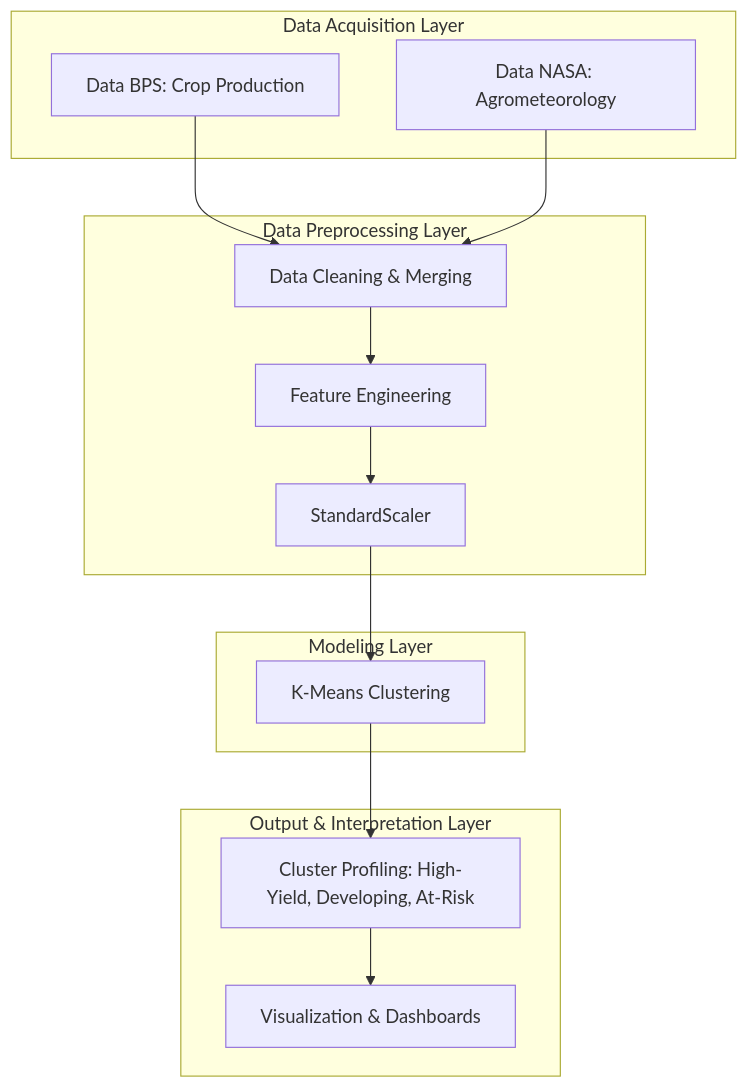
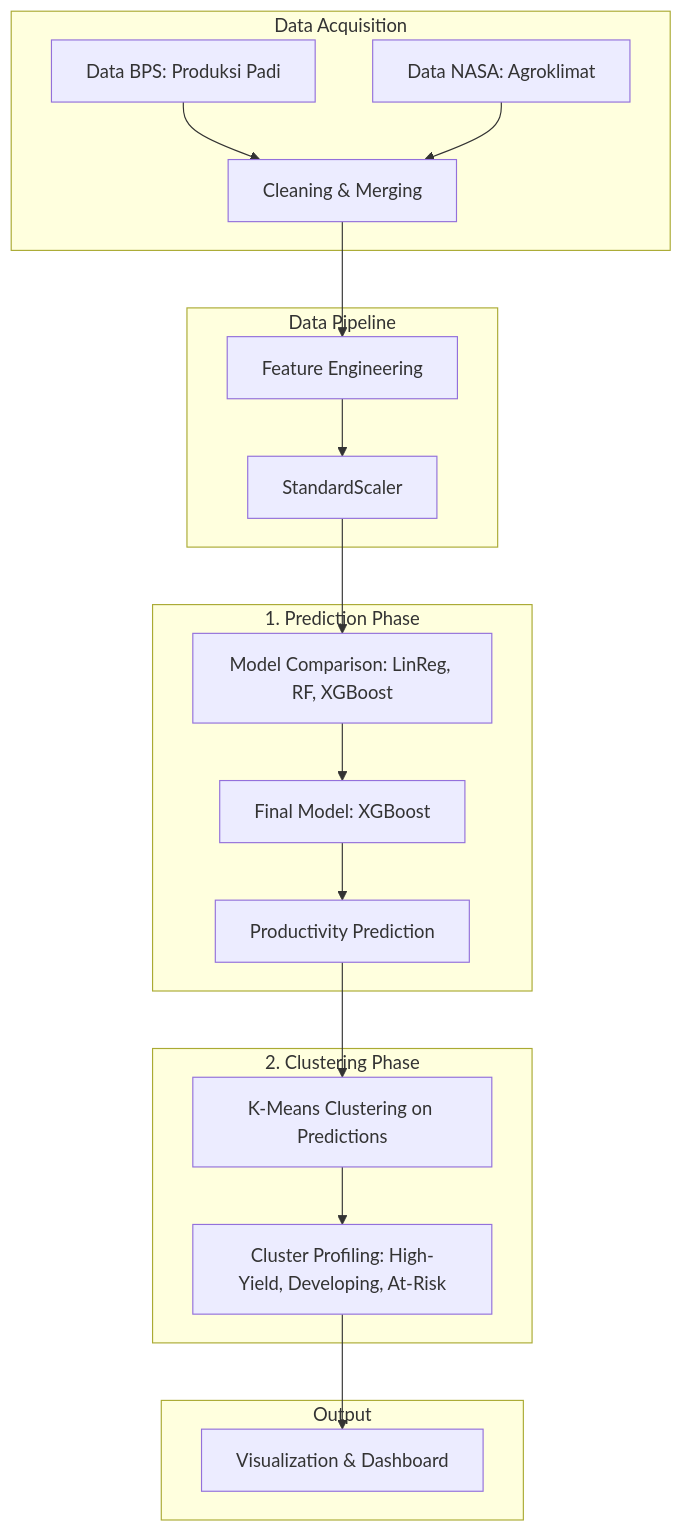
The diagram in readme.md (TurnNull/capstone-model-temporary), drawn with Mermaid before and after one commit. The commit also changed other lines of this file, not shown here.

Commit message:
perbaikan arsitektur readme.md

````diff
--- a/readme.md
+++ b/readme.md
@@ -19,30 +19,27 @@
 ```mermaid
 graph TD
-    subgraph Data_Source ["Data Acquisition Layer"]
-        A[Data BPS: Crop Production]
-        B[Data NASA: Agrometeorology]
+    subgraph Data_Source ["Data Acquisition"]
+        A[Data BPS: Produksi Padi] --> C[Cleaning & Merging]
+        B[Data NASA: Agroklimat] --> C
     end
 
-    subgraph Preprocessing ["Data Preprocessing Layer"]
-        C[Data Cleaning & Merging]
-        D[Feature Engineering]
-        E[StandardScaler]
+    subgraph Pipeline ["Data Pipeline"]
+        C --> D[Feature Engineering]
+        D --> E[StandardScaler]
     end
 
-    subgraph Modeling ["Modeling Layer"]
-        F[K-Means Clustering]
+    subgraph Modeling ["1. Prediction Phase"]
+        E --> F[Model Comparison: LinReg, RF, XGBoost]
+        F --> G[Final Model: XGBoost]
+        G --> H[Productivity Prediction]
     end
 
-    subgraph Output ["Output & Interpretation Layer"]
-        G[Cluster Profiling: High-Yield, Developing, At-Risk]
-        H[Visualization & Dashboards]
+    subgraph Clustering ["2. Clustering Phase"]
+        H --> I[K-Means Clustering on Predictions]
+        I --> J[Cluster Profiling: High-Yield, Developing, At-Risk]
     end
-
-    A --> C
-    B --> C
-    C --> D
-    D --> E
-    E --> F
-    F --> G
-    G --> H
+    
+    subgraph Output ["Output"]
+        J --> K[Visualization & Dashboard]
+    end
 ```
````
